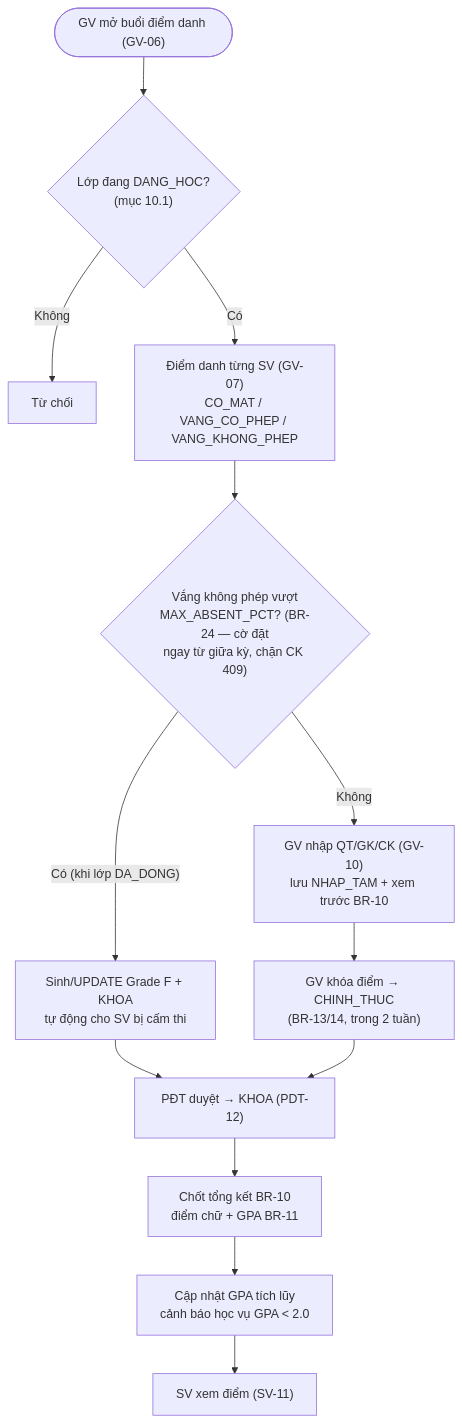
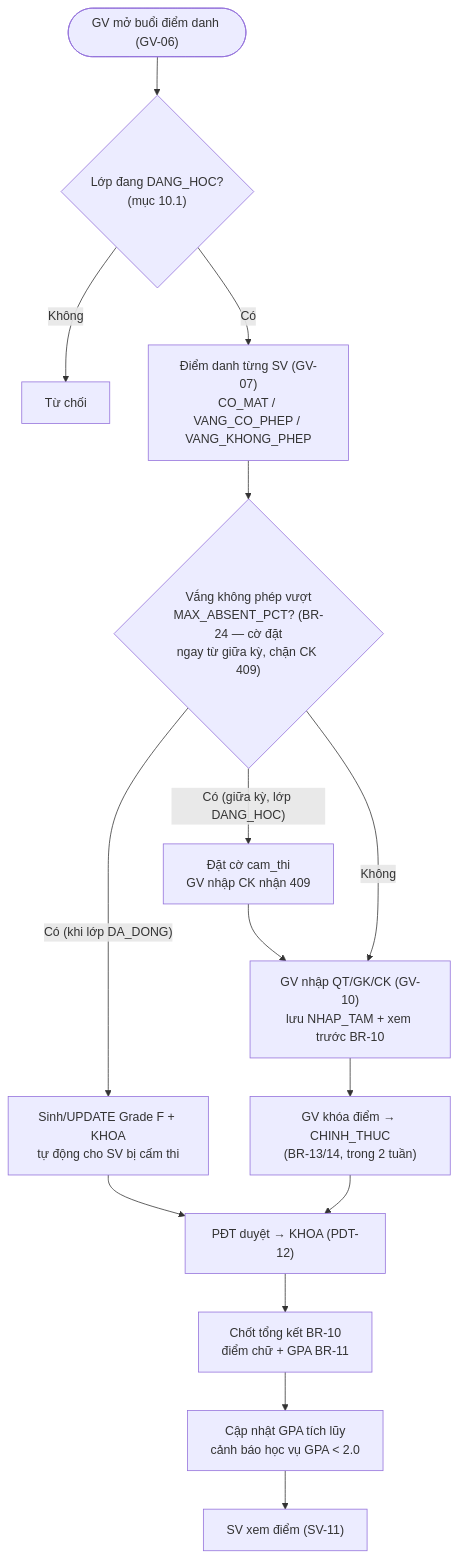
The third of 12 diagrams in plan.md (ThaiSon-123/HeThongDangKyMonHoc), drawn with Mermaid before and after one commit. The commit also changed other lines of this file and 154 other files, not shown here.

````diff
--- a/plan.md
+++ b/plan.md
@@ -899,15 +939,17 @@
 ```mermaid
 flowchart TD
     A(["GV mở buổi điểm danh (GV-06)"]) --> B{"Lớp đang DANG_HOC?<br/>(mục 10.1)"}
     B -->|"Không"| X1["Từ chối"]
     B -->|"Có"| C["Điểm danh từng SV (GV-07)<br/>CO_MAT / VANG_CO_PHEP / VANG_KHONG_PHEP"]
     C --> D{"Vắng không phép vượt<br/>MAX_ABSENT_PCT? (BR-24 — cờ đặt<br/>ngay từ giữa kỳ, chặn CK 409)"}
+    D -->|"Có (giữa kỳ, lớp DANG_HOC)"| E1["Đặt cờ cam_thi<br/>GV nhập CK nhận 409"]
+    E1 --> F
     D -->|"Không"| F["GV nhập QT/GK/CK (GV-10)<br/>lưu NHAP_TAM + xem trước BR-10"]
     D -->|"Có (khi lớp DA_DONG)"| E["Sinh/UPDATE Grade F + KHOA<br/>tự động cho SV bị cấm thi"]
     E --> H
     F --> G["GV khóa điểm → CHINH_THUC<br/>(BR-13/14, trong 2 tuần)"]
     G --> H["PĐT duyệt → KHOA (PDT-12)"]
     H --> I["Chốt tổng kết BR-10<br/>điểm chữ + GPA BR-11"]
     I --> J["Cập nhật GPA tích lũy<br/>cảnh báo học vụ GPA &lt; 2.0"]
     J --> K["SV xem điểm (SV-11)"]
 ```
````
